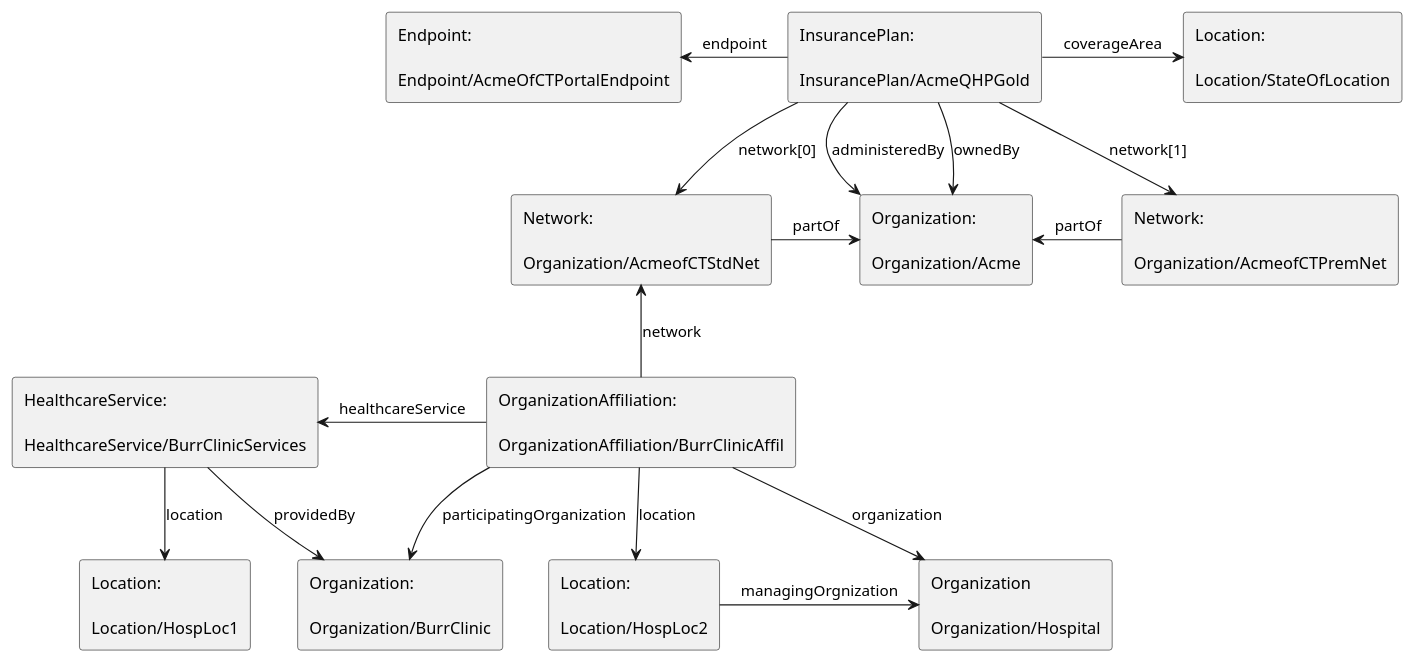
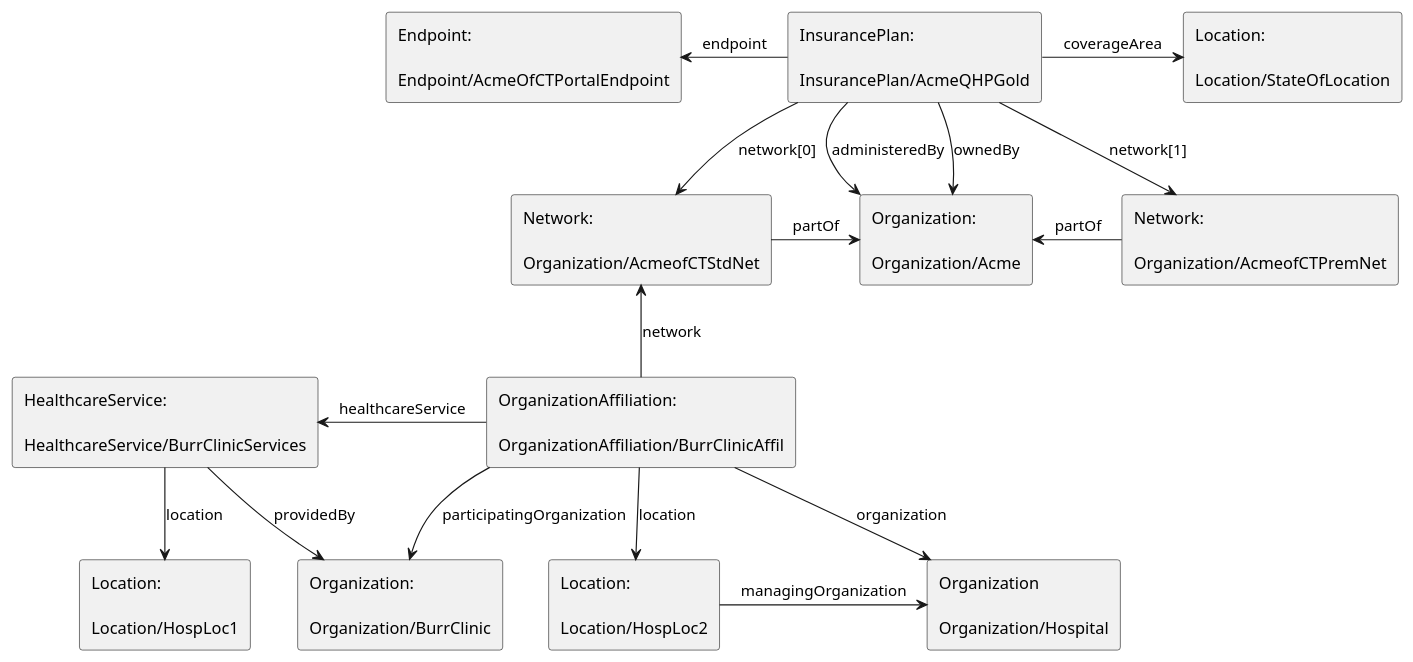
One commit to HL7/fhir-us-ndh changed the diagram in input/images-source/OrganizationAffiliation.plantuml. Above: the diagram before and after it, drawn with PlantUML. The commit also changed 14 other files, not shown here.

```diff
--- a/input/images-source/OrganizationAffiliation.plantuml
+++ b/input/images-source/OrganizationAffiliation.plantuml
@@ -1,42 +1,42 @@
 @startuml
 
 agent "OrganizationAffiliation:\n\nOrganizationAffiliation/BurrClinicAffil" as orgAffil
 
 agent "Organization:\n\nOrganization/BurrClinic" as organization1
 agent "Network:\n\nOrganization/AcmeofCTStdNet" as organization2
 agent "Organization:\n\nOrganization/Acme" as organization3
 agent "Organization\n\nOrganization/Hospital" as organization4
 agent "Network:\n\nOrganization/AcmeofCTPremNet" as organization5
 
 agent "Location:\n\nLocation/HospLoc1" as location1
 agent "Location:\n\nLocation/HospLoc2" as location2
 agent "Location:\n\nLocation/StateOfLocation" as location3
 
 agent "HealthcareService:\n\nHealthcareService/BurrClinicServices" as healthcareService
 
 agent "InsurancePlan:\n\nInsurancePlan/AcmeQHPGold" as insurancePlan1
 
 agent "Endpoint:\n\nEndpoint/AcmeOfCTPortalEndpoint" as endpoint1
 
 orgAffil -down-> organization4 : "organization"
 orgAffil -down-> organization1 : "participatingOrganization"
 orgAffil -up-> organization2 : "network"
 orgAffil -down-> location2: "location"
 orgAffil -left-> healthcareService: "healthcareService"
 
 organization2 -right-> organization3: "partOf"
 organization5 -left-> organization3: "partOf"
 
 insurancePlan1 -down-> organization2: "network[0]"
 insurancePlan1 -right-> location3: "coverageArea"
 insurancePlan1 -left-> endpoint1: "endpoint"
 insurancePlan1 -down-> organization3: "administeredBy"
 insurancePlan1 -down-> organization3: "ownedBy"
 insurancePlan1 -down-> organization5: "network[1]"
 
 healthcareService -down-> location1: "location"
 healthcareService -down-> organization1: "providedBy"
 
-location2 -right-> organization4: "managingOrgnization"
+location2 -right-> organization4: "managingOrganization"
 
 @enduml
```
